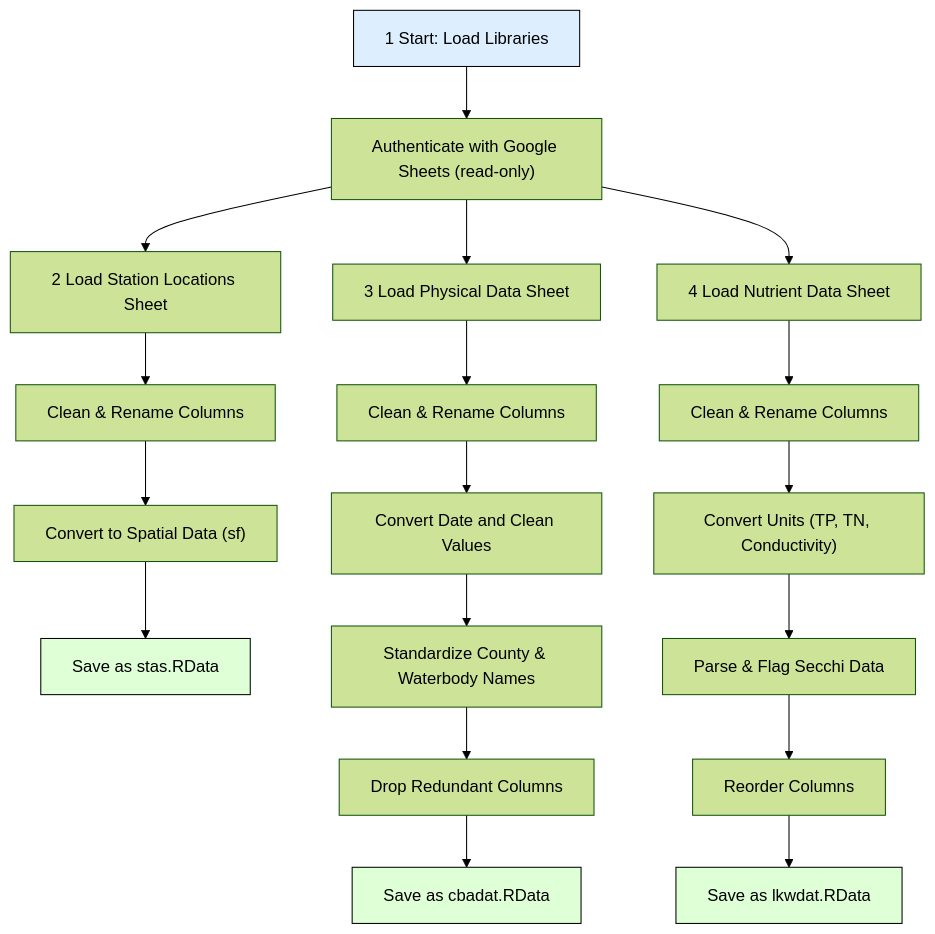
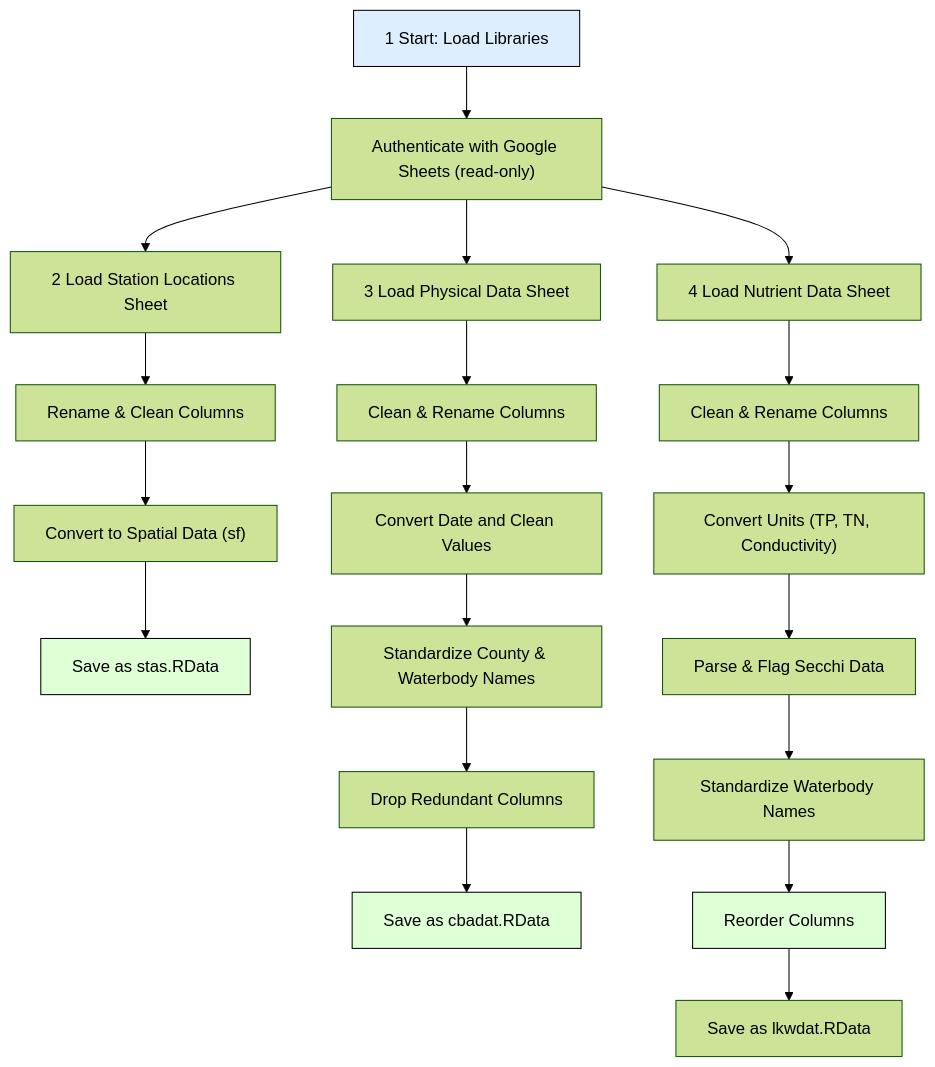
The diagram in doc/workflow.md (choctawhatchee-basin-alliance/wq-dashboard), drawn with Mermaid (forest theme) before and after one commit. The commit also changed other lines of this file and 5 other files, not shown here.

````diff
--- a/doc/workflow.md
+++ b/doc/workflow.md
@@ -6,27 +6,28 @@
 ```mermaid
 flowchart TD
   A["1 Start: Load Libraries"] --> B["Authenticate with Google Sheets (read-only)"]
   B --> C["2 Load Station Locations Sheet"]
-  C --> D[Clean & Rename Columns]
+  C --> D[Rename & Clean Columns]
   D --> E["Convert to Spatial Data (sf)"]
   E --> F[Save as stas.RData]
 
   B --> G["3 Load Physical Data Sheet"]
   G --> H[Clean & Rename Columns]
   H --> I[Convert Date and Clean Values]
   I --> J[Standardize County & Waterbody Names]
   J --> K[Drop Redundant Columns]
   K --> L[Save as cbadat.RData]
 
   B --> M["4 Load Nutrient Data Sheet"]
   M --> N[Clean & Rename Columns]
   N --> O["Convert Units (TP, TN, Conductivity)"]
   O --> P[Parse & Flag Secchi Data]
-  P --> Q[Reorder Columns]
-  Q --> R[Save as lkwdat.RData]
+  P --> Q[Standardize Waterbody Names]
+  Q --> R[Reorder Columns]
+  R --> S[Save as lkwdat.RData]
 
   style A fill:#DDEEFF,stroke:#000,stroke-width:1px
   style F fill:#DFFFD6,stroke:#000,stroke-width:1px
   style L fill:#DFFFD6,stroke:#000,stroke-width:1px
   style R fill:#DFFFD6,stroke:#000,stroke-width:1px
 ```
````
